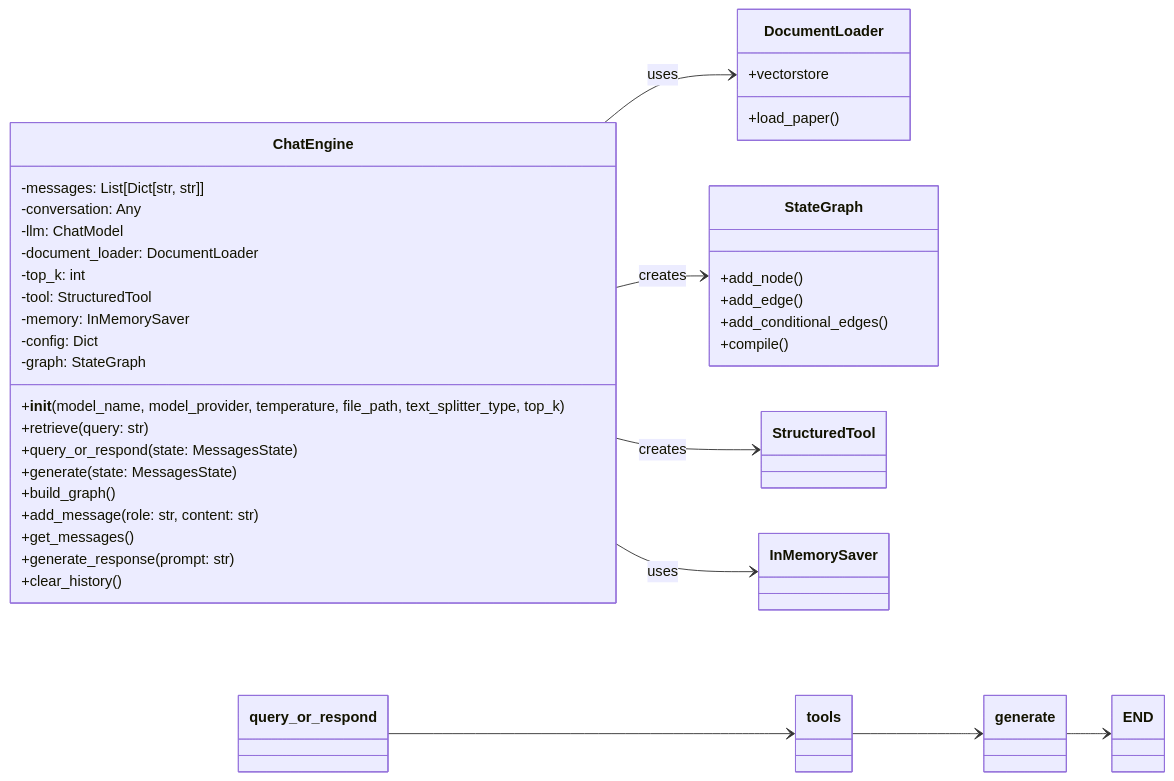
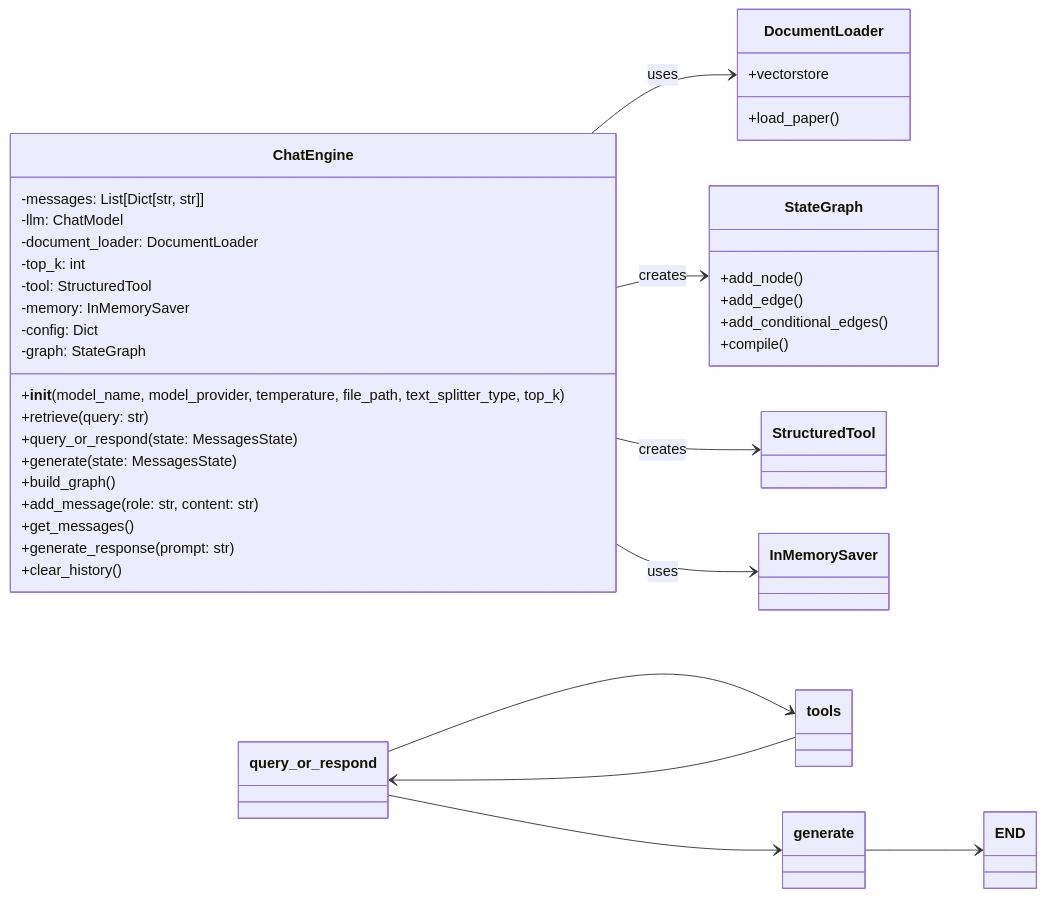
The diagram in docs/architectural_design.md (sungcheolkim78/chatbot-medical), drawn with Mermaid before and after one commit. The commit also changed 2 other files, not shown here.

Commit message:
update architectural_design

````diff
--- a/docs/architectural_design.md
+++ b/docs/architectural_design.md
@@ -9,47 +9,47 @@
 ```mermaid
 classDiagram
     class ChatEngine {
         -messages: List[Dict[str, str]]
-        -conversation: Any
         -llm: ChatModel
         -document_loader: DocumentLoader
         -top_k: int
         -tool: StructuredTool
         -memory: InMemorySaver
         -config: Dict
         -graph: StateGraph
         +__init__(model_name, model_provider, temperature, file_path, text_splitter_type, top_k)
         +retrieve(query: str)
         +query_or_respond(state: MessagesState)
         +generate(state: MessagesState)
         +build_graph()
         +add_message(role: str, content: str)
         +get_messages()
         +generate_response(prompt: str)
         +clear_history()
     }
 
     class DocumentLoader {
         +load_paper()
         +vectorstore
     }
 
     class StateGraph {
         +add_node()
         +add_edge()
         +add_conditional_edges()
         +compile()
     }
 
     ChatEngine --> DocumentLoader : uses
     ChatEngine --> StateGraph : creates
     ChatEngine --> StructuredTool : creates
     ChatEngine --> InMemorySaver : uses
 
     subgraph GraphFlow
         direction LR
         query_or_respond --> tools
-        tools --> generate
+        query_or_respond --> generate
+        tools --> query_or_respond
         generate --> END
     end
 ```
````
